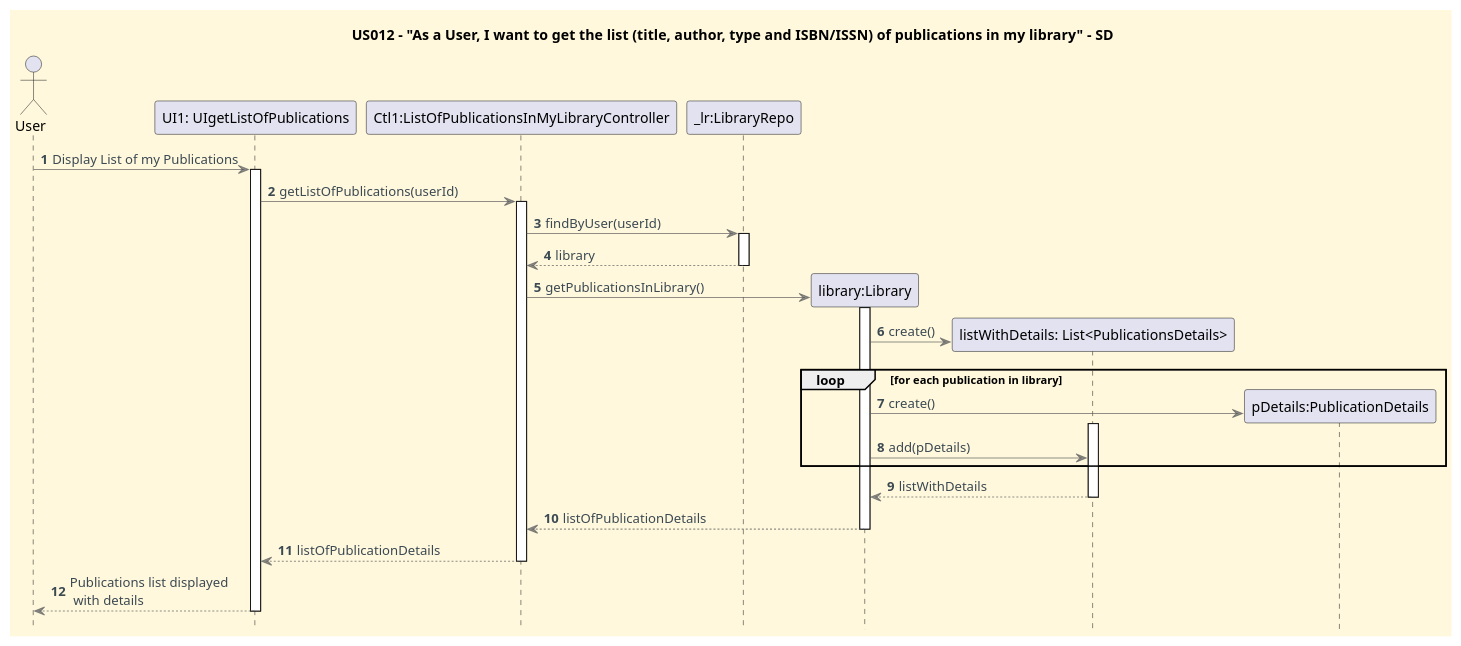
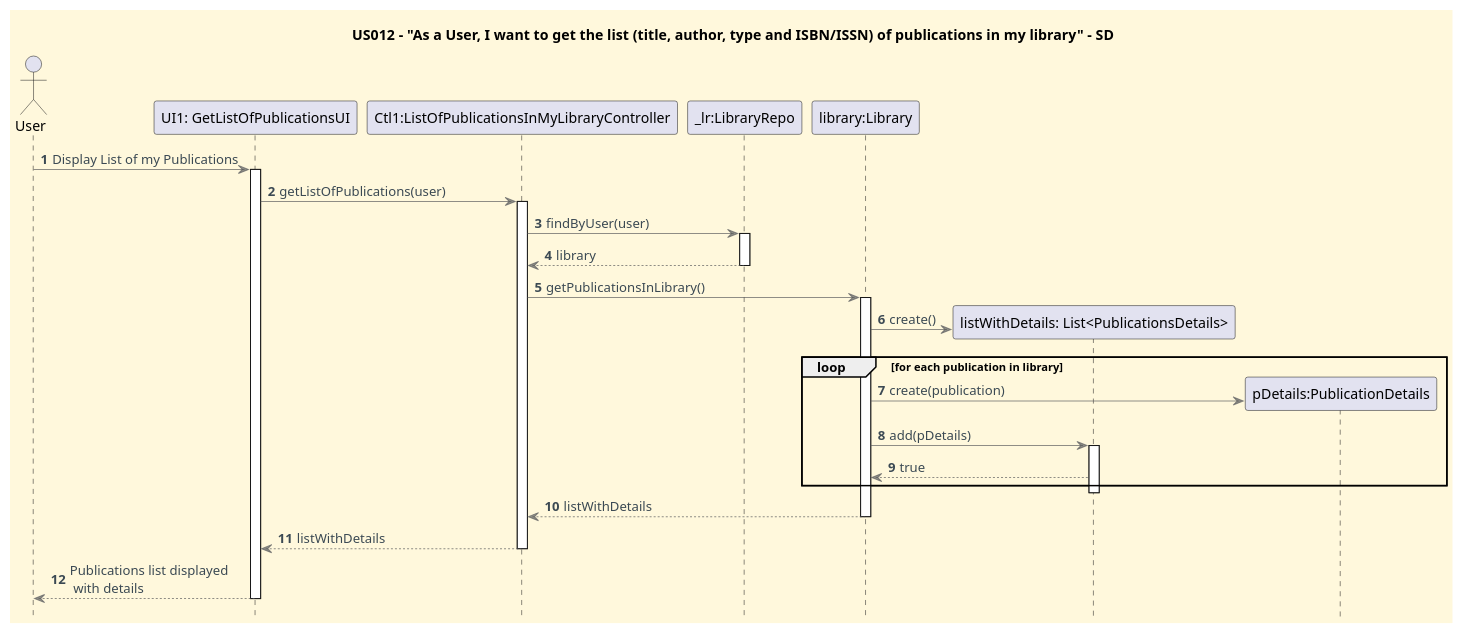
Before and after one commit to CarolinaLeite-collab/JavaMarketplacePlatform: the diagram in docs/userStories/US012/US012_get_list_of_publications_in_my_library_SD.puml, drawn with PlantUML. The commit also changed 1 other file, not shown here.

```diff
--- a/docs/userStories/US012/US012_get_list_of_publications_in_my_library_SD.puml
+++ b/docs/userStories/US012/US012_get_list_of_publications_in_my_library_SD.puml
@@ -1,81 +1,83 @@
 @startuml
 '==== basic style ====
 
 'hides unwanted text
 hide stereotype
 
 skinparam monochrome false
 
 skinparam shadowing false
 skinparam defaultFontName Futura
 skinparam objectFontSize 20
 skinparam backgroundColor CornSilk
 skinparam objectBackgroundColor WhiteSmoke
 skinparam noteBackgroundColor #FFFFE0
 skinparam ArrowFontColor #3B4953
 skinparam ArrowColor #57595BAA
 hidefootbox
 
 'undefined objects
 skinparam object {
   BackgroundColor<<highlight>> 91C6BCAA
   BorderColor<<highlight>> 4B9DA9AA
   FontColor<<highlight>> 547792AA
 }
 skinparam shadowing<<highlight>> false
 
 autonumber
 
 title US012 - "As a User, I want to get the list (title, author, type and ISBN/ISSN) of publications in my library" - SD
 
 
 ' --- Actor and participants ---'
 
 actor User
-participant "UI1: UIgetListOfPublications" as UI
+participant "UI1: GetListOfPublicationsUI" as UI
 participant "Ctl1:ListOfPublicationsInMyLibraryController" as Ctl
 participant "_lr:LibraryRepo" as LibRepo
+participant "library:Library" as Lib
+
 
 
 User -> UI: Display List of my Publications
 activate UI
 
-UI -> Ctl: getListOfPublications(userId)
+UI -> Ctl: getListOfPublications(user)
 activate Ctl
 
-Ctl -> LibRepo: findByUser(userId)
+Ctl -> LibRepo: findByUser(user)
 activate LibRepo
 LibRepo --> Ctl: library
 deactivate LibRepo
 
-create "library:Library" as Lib
 Ctl -> Lib: getPublicationsInLibrary()
 
 create "listWithDetails: List<PublicationsDetails>" as listOfPubs
 activate Lib
 Lib -> listOfPubs: create()
 
 
 
 loop for each publication in library
 
 create "pDetails:PublicationDetails" as list
-    Lib -> list: create()
+    Lib -> list: create(publication)
+
+    Lib -> listOfPubs: add(pDetails)
 activate listOfPubs
-    Lib -> listOfPubs: add(pDetails)
+listOfPubs --> Lib :true
+end
 
-end
-listOfPubs --> Lib: listWithDetails
 deactivate listOfPubs
-Lib --> Ctl: listOfPublicationDetails
+Lib --> Ctl: listWithDetails
 deactivate Lib
 
-Ctl --> UI: listOfPublicationDetails
+Ctl --> UI: listWithDetails
 deactivate Ctl
 
 UI --> User: Publications list displayed\n with details
 deactivate UI
 
 
 
 @enduml
```
